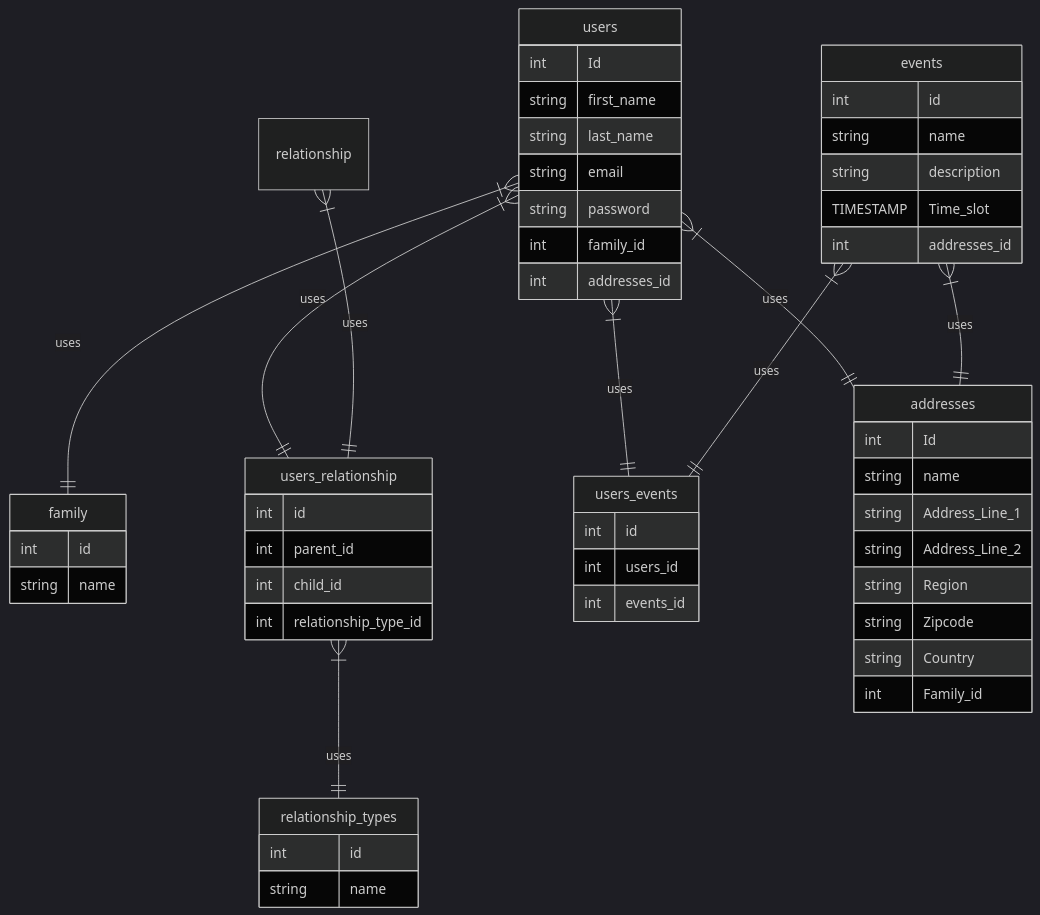
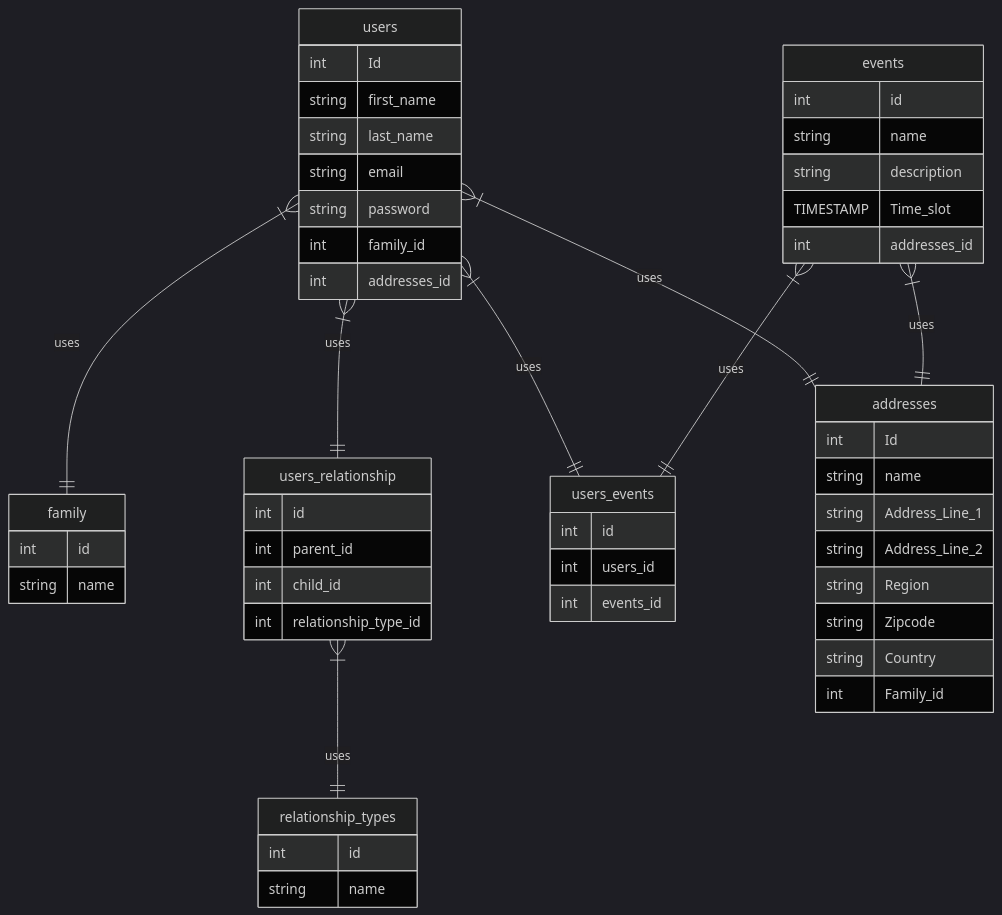
One commit to ChrisUno/Childcare changed the second of 2 diagrams in README.md. Above: the diagram before and after it, drawn with Mermaid. The commit also changed other lines of this file, not shown here.

````diff
--- a/README.md
+++ b/README.md
@@ -47,64 +46,63 @@
 ``` mermaid
 %%{init: {'theme': 'dark' } }%%
 
 erDiagram
 
 
     family {
         int id
         string name
     }
     relationship_types {
         int id
         string name
     }
     users_relationship {
         int id
         int parent_id
         int child_id
         int relationship_type_id
     }
     events {
         int id
         string name
         string description
         TIMESTAMP Time_slot
         int addresses_id
     }
     users_events {
         int id
         int users_id
         int events_id
         
     }
     addresses {
         int Id
         string name
         string Address_Line_1
         string Address_Line_2
         string Region
         string Zipcode
         string Country
         int Family_id
     }
     users {
         int Id
         string first_name
         string last_name
         string email
         string password
         int family_id
         int addresses_id
     }
 
     users }|--|| users_relationship: "uses"
-    relationship }|--|| users_relationship: "uses"
     users }|--|| addresses: "uses"
     users }|--|| users_events: "uses"
     events }|--|| addresses: "uses"
     events }|--|| users_events: "uses"
     users_relationship }|--|| relationship_types: "uses"
     users }|--|| family: "uses"
     
 
 ```
````
